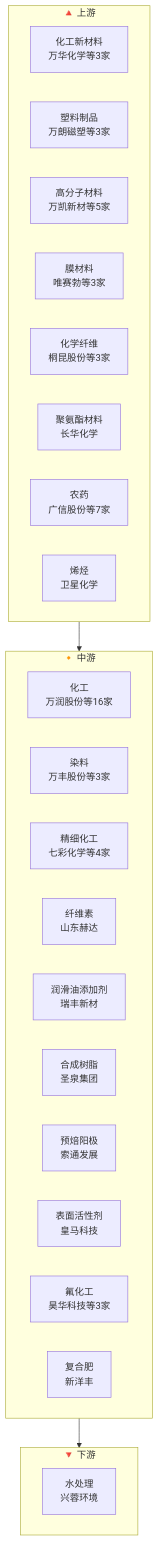
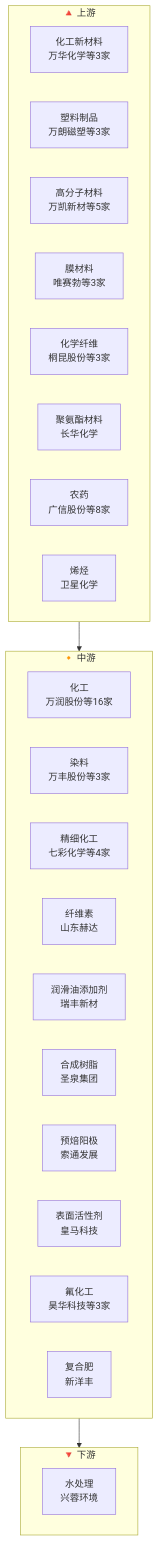
Before and after one commit to zhangbo1882/open-industry: the diagram in industry/wiki/industries/基础化工产业链.md, drawn with Mermaid. The commit also changed other lines of this file and 8 other files, not shown here.

````diff
--- a/industry/wiki/industries/基础化工产业链.md
+++ b/industry/wiki/industries/基础化工产业链.md
@@ -17,30 +17,30 @@
 ```mermaid
 flowchart TB
     subgraph upstream["🔺 上游"]
         化工新材料["化工新材料<br/>万华化学等3家"]
         塑料制品["塑料制品<br/>万朗磁塑等3家"]
         高分子材料["高分子材料<br/>万凯新材等5家"]
         膜材料["膜材料<br/>唯赛勃等3家"]
         化学纤维["化学纤维<br/>桐昆股份等3家"]
         聚氨酯材料["聚氨酯材料<br/>长华化学"]
-        农药["农药<br/>广信股份等7家"]
+        农药["农药<br/>广信股份等8家"]
         烯烃["烯烃<br/>卫星化学"]
     end
     subgraph midstream["🔸 中游"]
         化工["化工<br/>万润股份等16家"]
         染料["染料<br/>万丰股份等3家"]
         精细化工["精细化工<br/>七彩化学等4家"]
         纤维素["纤维素<br/>山东赫达"]
         润滑油添加剂["润滑油添加剂<br/>瑞丰新材"]
         合成树脂["合成树脂<br/>圣泉集团"]
         预焙阳极["预焙阳极<br/>索通发展"]
         表面活性剂["表面活性剂<br/>皇马科技"]
         氟化工["氟化工<br/>昊华科技等3家"]
         复合肥["复合肥<br/>新洋丰"]
     end
     subgraph downstream["🔻 下游"]
         水处理["水处理<br/>兴蓉环境"]
     end
     upstream --> midstream
     midstream --> downstream
 ```
````
